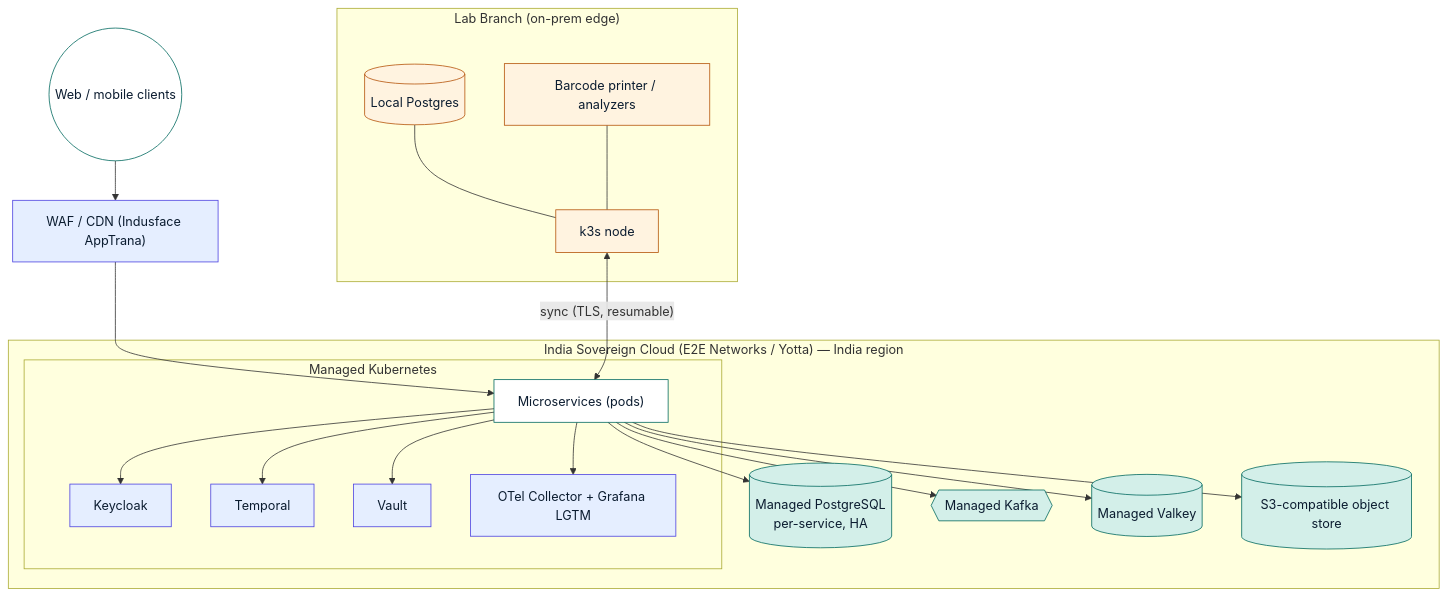
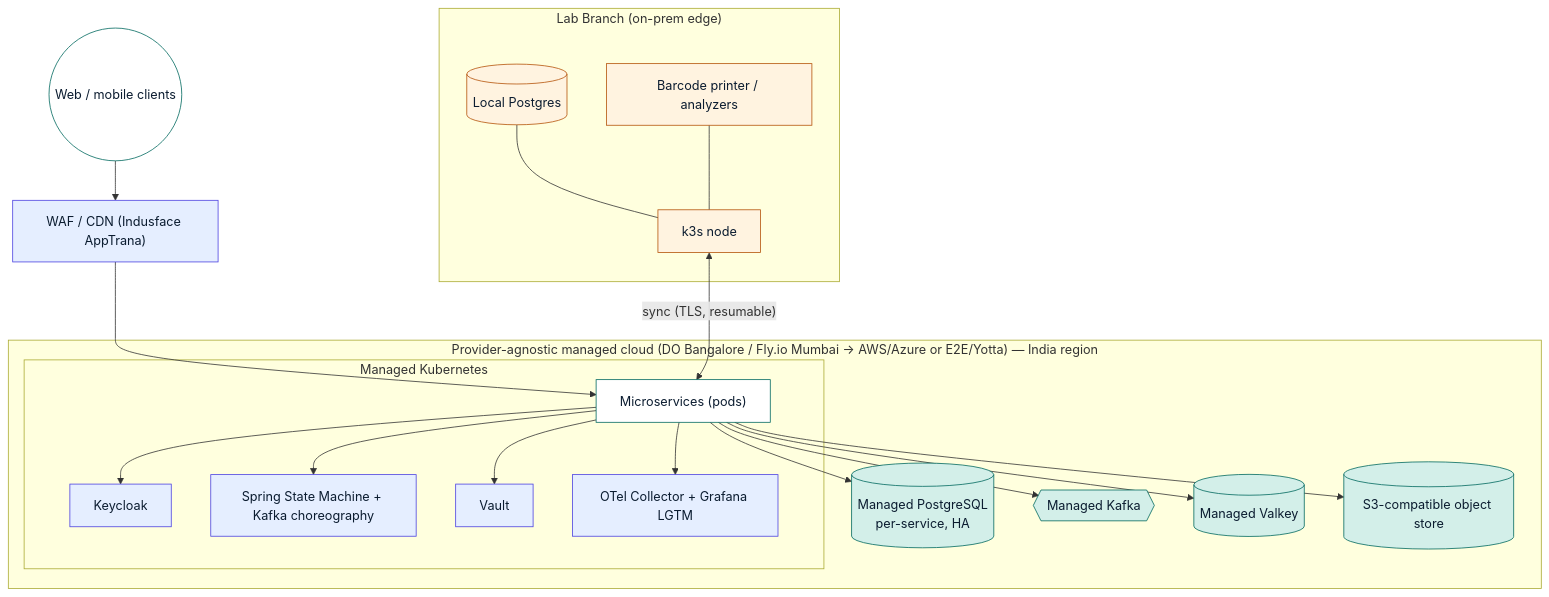
Before and after one commit to pulluri-sridhar/DiagDesk: the diagram in docs/design/diagrams/04-deployment.mmd, drawn with Mermaid. The commit also changed 42 other files, not shown here.

First line of the commit message:
docs: reconcile to Java/Spring backend + provider-agnostic managed hosting

```diff
--- a/docs/design/diagrams/04-deployment.mmd
+++ b/docs/design/diagrams/04-deployment.mmd
@@ -1,39 +1,39 @@
 flowchart TB
   classDef node fill:#ffffff,stroke:#00685f,color:#0b1c30;
   classDef mgd fill:#d3efe9,stroke:#00685f,color:#0b1c30;
   classDef self fill:#e5eeff,stroke:#4b41e1,color:#0b1c30;
   classDef edge fill:#fff3e0,stroke:#b45309,color:#0b1c30;
 
   subgraph BR["Lab Branch (on-prem edge)"]
     k3s["k3s node"]:::edge
     lpg[("Local Postgres")]:::edge
     prn["Barcode printer / analyzers"]:::edge
   end
 
-  subgraph CSP["India Sovereign Cloud (E2E Networks / Yotta) — India region"]
+  subgraph CSP["Provider-agnostic managed cloud (DO Bangalore / Fly.io Mumbai → AWS/Azure or E2E/Yotta) — India region"]
     subgraph K8S["Managed Kubernetes"]
       svcs["Microservices (pods)"]:::node
       kc["Keycloak"]:::self
-      tmp["Temporal"]:::self
+      tmp["Spring State Machine + Kafka choreography"]:::self
       vault["Vault"]:::self
       otel["OTel Collector + Grafana LGTM"]:::self
     end
     mpg[("Managed PostgreSQL<br/>per-service, HA")]:::mgd
     mkafka{{"Managed Kafka"}}:::mgd
     mredis[("Managed Valkey")]:::mgd
     s3[("S3-compatible object store")]:::mgd
   end
 
   cdn["WAF / CDN (Indusface AppTrana)"]:::self
   users(("Web / mobile clients"))
 
   users --> cdn --> svcs
   k3s <-->|"sync (TLS, resumable)"| svcs
   lpg --- k3s
   prn --- k3s
   svcs --> mpg
   svcs --> mkafka
   svcs --> mredis
   svcs --> s3
   svcs --> kc & tmp & vault
   svcs --> otel
```
